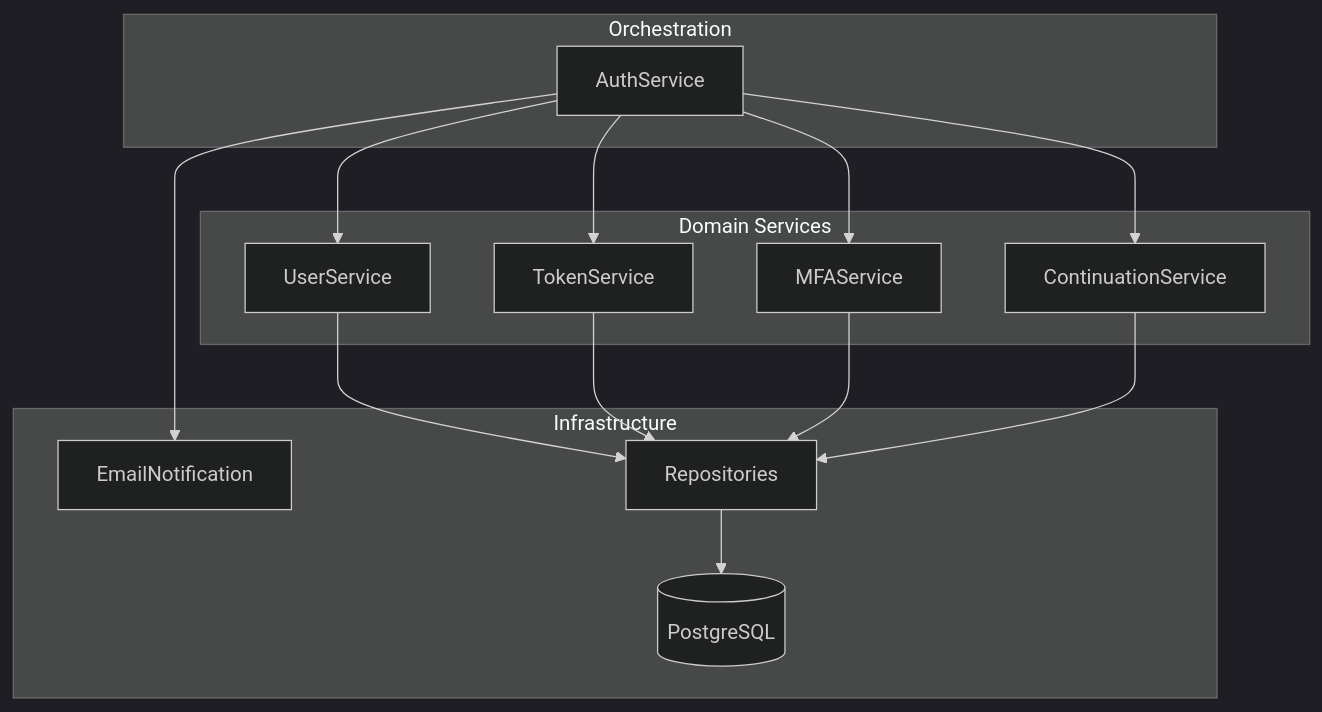
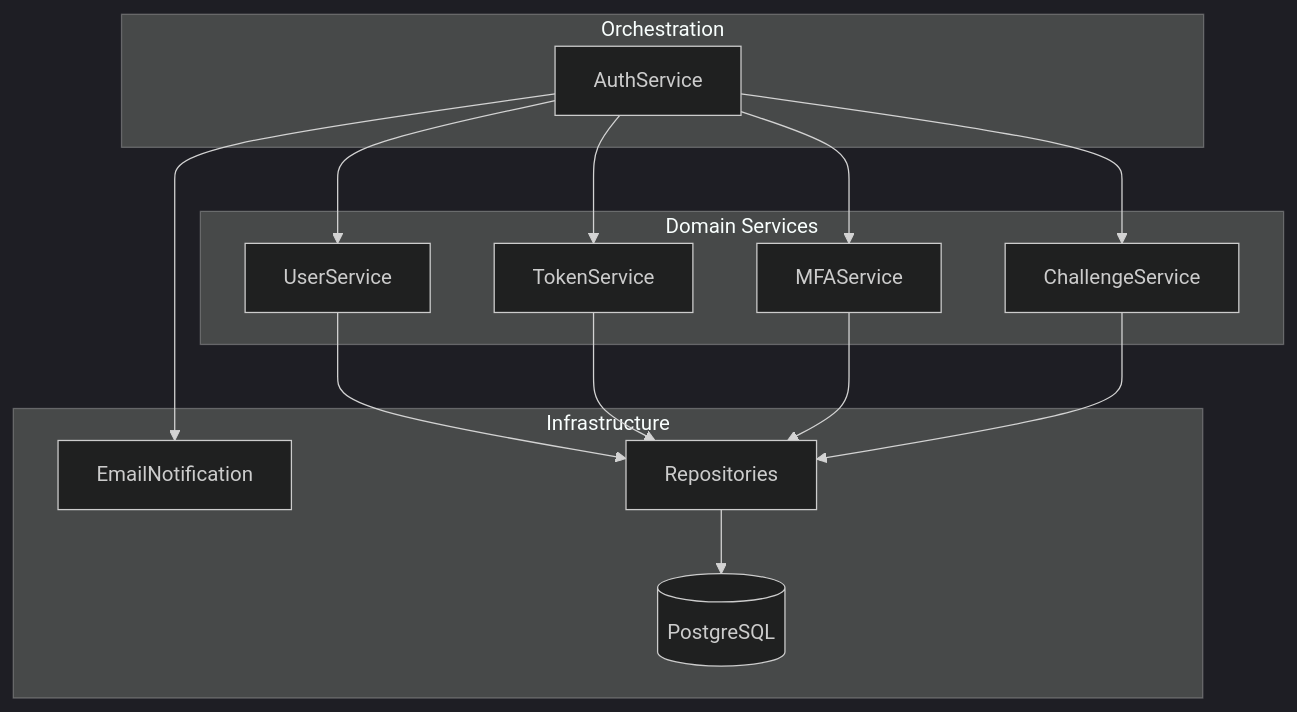
The first of 3 diagrams in README.md (Tepex651/auth-service), drawn with Mermaid (dark theme) before and after one commit. The commit also changed other lines of this file, not shown here.

````diff
--- a/README.md
+++ b/README.md
@@ -84,32 +85,32 @@
 ```mermaid
 flowchart TB
     subgraph Orchestration
         AuthService
     end
 
     subgraph Domain Services
         UserService
         TokenService
         MFAService
-        ContinuationService
+        ChallengeService
     end
 
     subgraph Infrastructure
         EmailNotification
         Repositories
         Database[(PostgreSQL)]
     end
 
     AuthService --> UserService
     AuthService --> TokenService
     AuthService --> MFAService
-    AuthService --> ContinuationService
+    AuthService --> ChallengeService
     AuthService --> EmailNotification
 
     UserService --> Repositories
     TokenService --> Repositories
     MFAService --> Repositories
-    ContinuationService --> Repositories
+    ChallengeService --> Repositories
 
     Repositories --> Database
 ```
````
